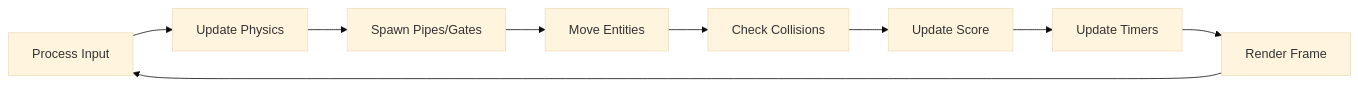
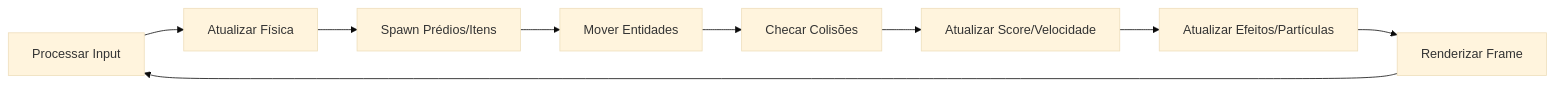
The second of 6 diagrams in README.md (camialmeidas/camikaze-flappy-game), drawn with Mermaid (base theme) before and after one commit. The commit also changed other lines of this file and 2 other files, not shown here.

````diff
--- a/README.md
+++ b/README.md
@@ -53,11 +71,11 @@
 ```mermaid
 flowchart LR
-    A[Process Input] --> B[Update Physics]
-    B --> C[Spawn Pipes/Gates]
-    C --> D[Move Entities]
-    D --> E[Check Collisions]
-    E --> F[Update Score]
-    F --> G[Update Timers]
-    G --> H[Render Frame]
+    A[Processar Input] --> B[Atualizar Física]
+    B --> C[Spawn Prédios/Itens]
+    C --> D[Mover Entidades]
+    D --> E[Checar Colisões]
+    E --> F[Atualizar Score/Velocidade]
+    F --> G[Atualizar Efeitos/Partículas]
+    G --> H[Renderizar Frame]
     H --> A
 ```
````
